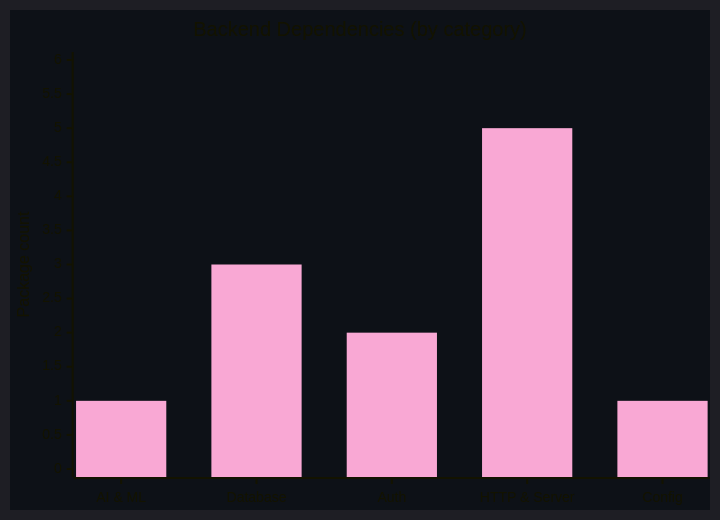
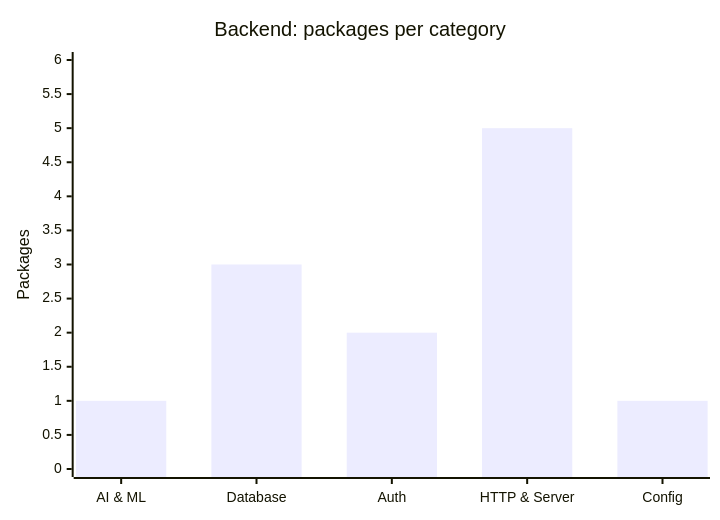
The fifth of 6 diagrams in README.md (boxbiswas/AI_CODE_REVIEW_ASSISTANT), drawn with Mermaid before and after one commit. The commit also changed other lines of this file, not shown here.

Commit message:
fix: restore chart labels and add icon badges to tech stack table

````diff
--- a/README.md
+++ b/README.md
@@ -228,8 +230,7 @@
 ```mermaid
-%%{init: {'theme': 'dark', 'themeVariables': {'xyChart': {'backgroundColor': '#0d1117', 'plotColorPalette': '#f9a8d4,#f472b6,#e879f9,#a855f7,#6366f1'}}}}%%
 xychart-beta
-    title "Backend Dependencies (by category)"
+    title "Backend: packages per category"
     x-axis ["AI & ML", "Database", "Auth", "HTTP & Server", "Config"]
-    y-axis "Package count" 0 --> 6
+    y-axis "Packages" 0 --> 6
     bar [1, 3, 2, 5, 1]
 ```
````
